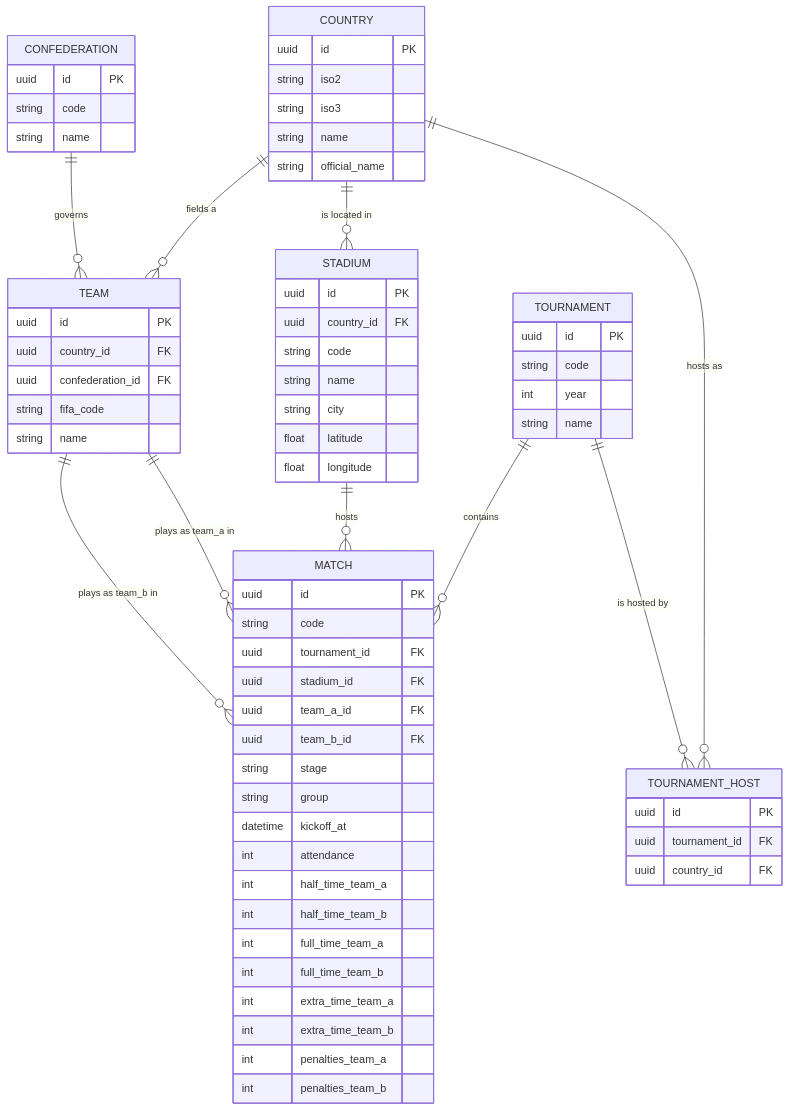
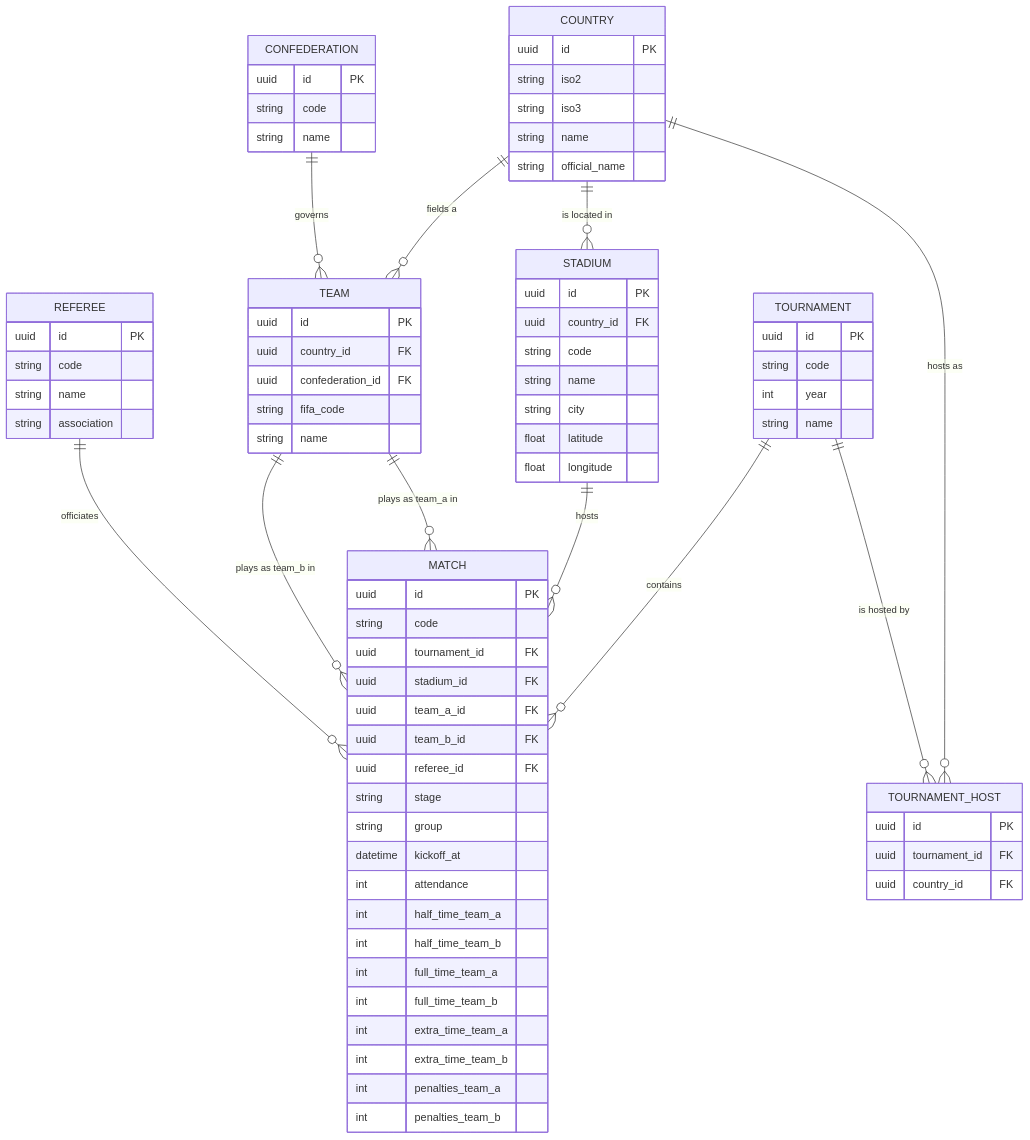
Before and after one commit to pawelMSoftware/world-cup-data: the first of 3 diagrams in docs/DATA_MODEL.md, drawn with Mermaid. The commit also changed other lines of this file and 11 other files, not shown here.

Commit message:
Link every match to its referee via referee_id

````diff
--- a/docs/DATA_MODEL.md
+++ b/docs/DATA_MODEL.md
@@ -14,72 +14,80 @@
 ```mermaid
 erDiagram
     COUNTRY ||--o{ TEAM : "fields a"
     COUNTRY ||--o{ STADIUM : "is located in"
     COUNTRY ||--o{ TOURNAMENT_HOST : "hosts as"
     CONFEDERATION ||--o{ TEAM : "governs"
     TOURNAMENT ||--o{ TOURNAMENT_HOST : "is hosted by"
     TOURNAMENT ||--o{ MATCH : "contains"
     STADIUM ||--o{ MATCH : "hosts"
     TEAM ||--o{ MATCH : "plays as team_a in"
     TEAM ||--o{ MATCH : "plays as team_b in"
+    REFEREE ||--o{ MATCH : "officiates"
 
     COUNTRY {
         uuid id PK
         string iso2
         string iso3
         string name
         string official_name
     }
     CONFEDERATION {
         uuid id PK
         string code
         string name
     }
     TEAM {
         uuid id PK
         uuid country_id FK
         uuid confederation_id FK
         string fifa_code
         string name
     }
     STADIUM {
         uuid id PK
         uuid country_id FK
         string code
         string name
         string city
         float latitude
         float longitude
     }
     TOURNAMENT {
         uuid id PK
         string code
         int year
         string name
     }
     TOURNAMENT_HOST {
         uuid id PK
         uuid tournament_id FK
         uuid country_id FK
     }
+    REFEREE {
+        uuid id PK
+        string code
+        string name
+        string association
+    }
     MATCH {
         uuid id PK
         string code
         uuid tournament_id FK
         uuid stadium_id FK
         uuid team_a_id FK
         uuid team_b_id FK
+        uuid referee_id FK
         string stage
         string group
         datetime kickoff_at
         int attendance
         int half_time_team_a
         int half_time_team_b
         int full_time_team_a
         int full_time_team_b
         int extra_time_team_a
         int extra_time_team_b
         int penalties_team_a
         int penalties_team_b
     }
 ```
````
